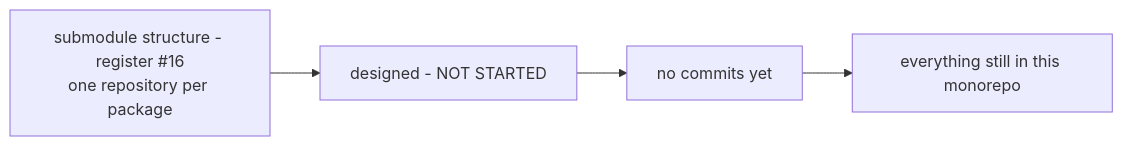
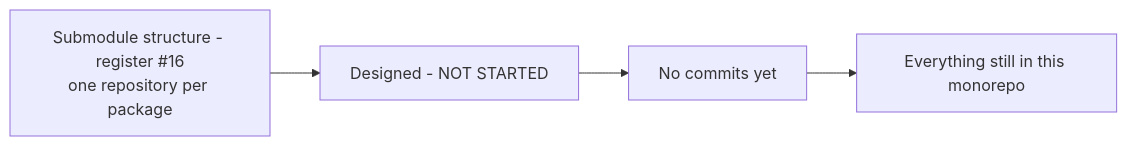
Before and after one commit to PlayForm/Site-DeepSeek: the diagram in Source/Content/Mermaid/case-p6-submodules.mmd, drawn with Mermaid. The commit also changed 341 other files, not shown here.

```diff
--- a/Source/Content/Mermaid/case-p6-submodules.mmd
+++ b/Source/Content/Mermaid/case-p6-submodules.mmd
@@ -1,6 +1,6 @@
 flowchart LR
-	SUB["submodule structure - register #16<br/>one repository per package"]
-	NOT["designed - NOT STARTED"]
-	NOCOM["no commits yet"]
-	MONO["everything still in this monorepo"]
+	SUB["Submodule structure - register #16<br/>one repository per package"]
+	NOT["Designed - NOT STARTED"]
+	NOCOM["No commits yet"]
+	MONO["Everything still in this monorepo"]
 	SUB --> NOT --> NOCOM --> MONO
```
